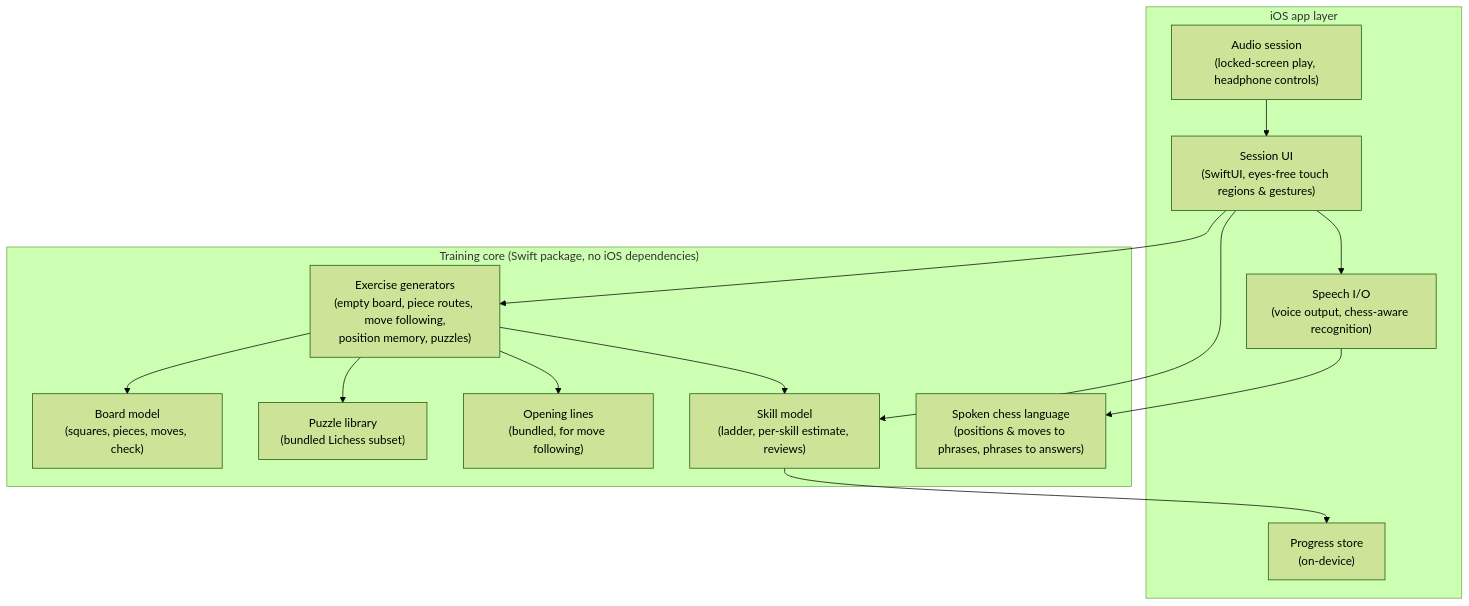
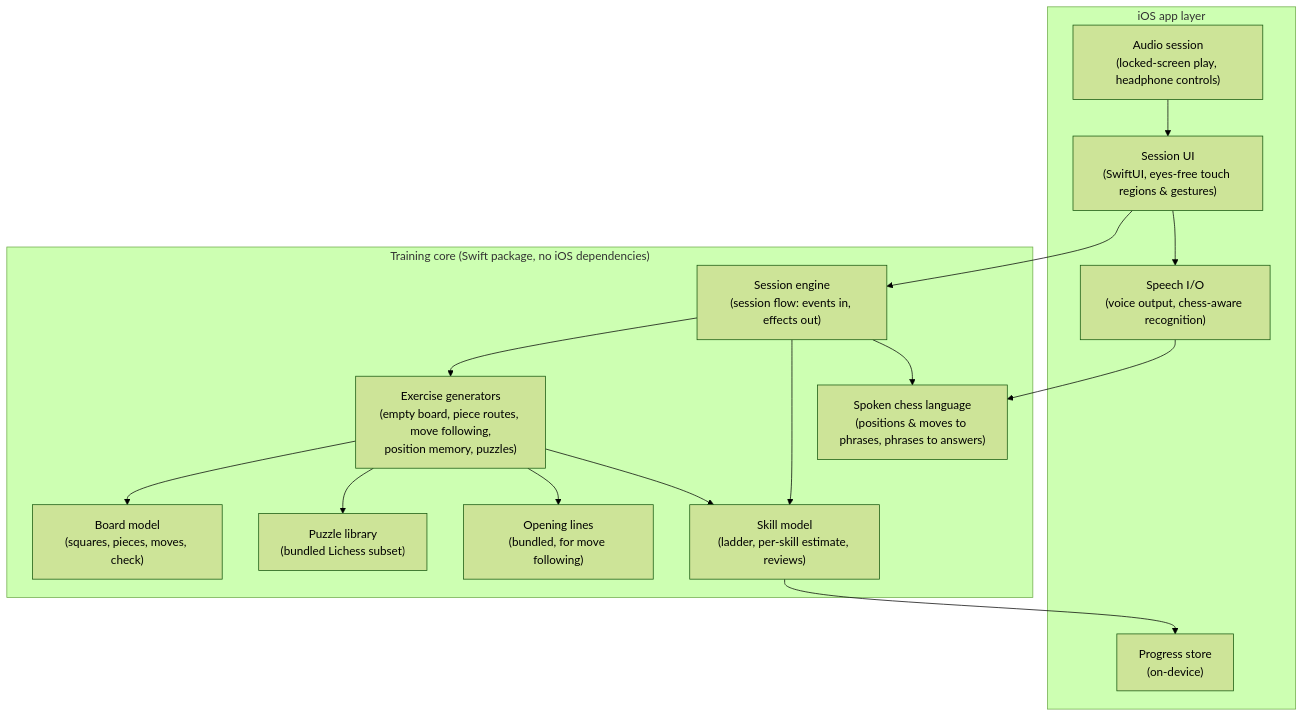
One commit to andreizimin/hear-chess changed the diagram in docs/high-level-design.md. Above: the diagram before and after it, drawn with Mermaid (forest theme). The commit also changed other lines of this file and 5 other files, not shown here.

First line of the commit message:
Add session engine interface and failing session tests

````diff
--- a/docs/high-level-design.md
+++ b/docs/high-level-design.md
@@ -82,27 +82,30 @@
 ```mermaid
 flowchart TB
   subgraph iOS["iOS app layer"]
     UI["Session UI\n(SwiftUI, eyes-free touch regions & gestures)"]
     Speech["Speech I/O\n(voice output, chess-aware recognition)"]
     Audio["Audio session\n(locked-screen play, headphone controls)"]
     Store["Progress store\n(on-device)"]
   end
   subgraph Core["Training core (Swift package, no iOS dependencies)"]
     Board["Board model\n(squares, pieces, moves, check)"]
     Ex["Exercise generators\n(empty board, piece routes, move following,\nposition memory, puzzles)"]
     Skill["Skill model\n(ladder, per-skill estimate, reviews)"]
     Openings["Opening lines\n(bundled, for move following)"]
     Speak["Spoken chess language\n(positions & moves to phrases, phrases to answers)"]
     Puzzles["Puzzle library\n(bundled Lichess subset)"]
+    Engine["Session engine\n(session flow: events in, effects out)"]
   end
-  UI --> Ex
-  UI --> Skill
+  UI --> Engine
+  Engine --> Ex
+  Engine --> Skill
+  Engine --> Speak
   Speech --> Speak
   UI --> Speech
   Audio --> UI
   Ex --> Board
   Ex --> Puzzles
   Ex --> Openings
   Ex --> Skill
   Skill --> Store
 ```
````
